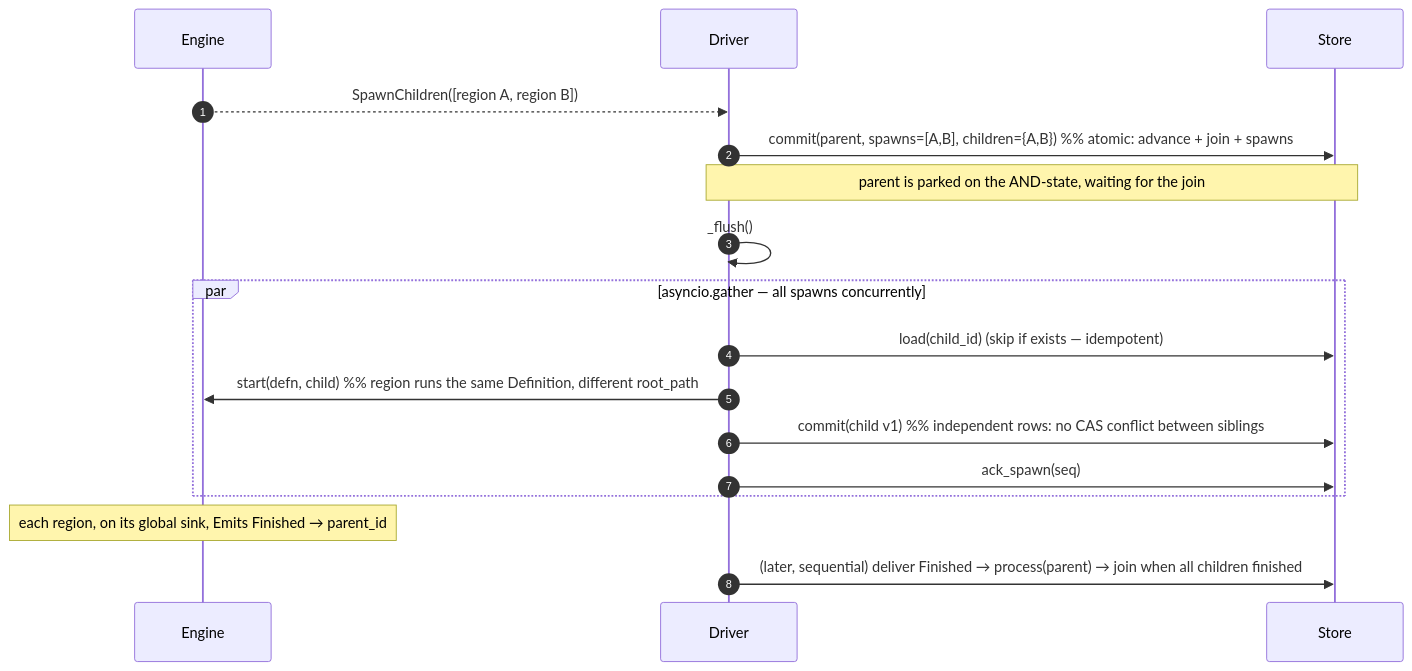
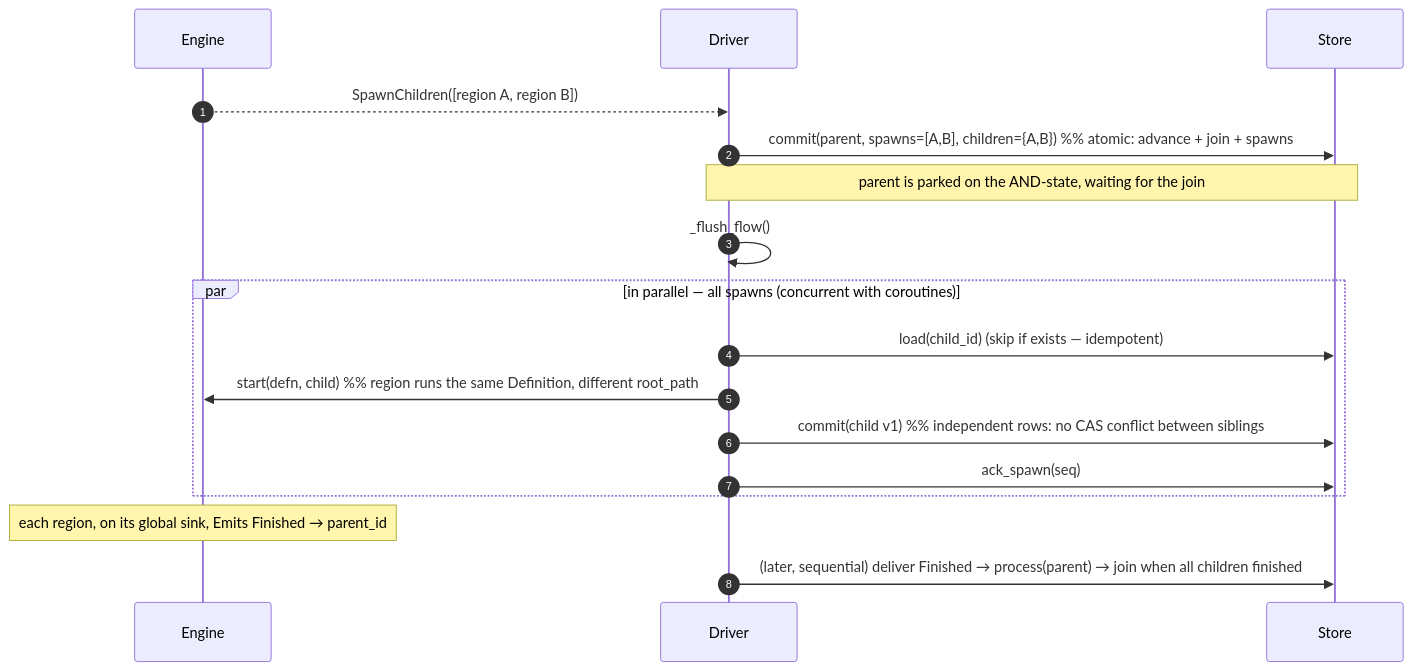
One commit to acasadom/harel changed the fourth of 6 diagrams in docs/guide/architecture.md. Above: the diagram before and after it, drawn with Mermaid. The commit also changed other lines of this file and 7 other files, not shown here.

First line of the commit message:
docs: the execution models with sequence diagrams; the guides describe the driver as flows

````diff
--- a/docs/guide/architecture.md
+++ b/docs/guide/architecture.md
@@ -247,19 +255,19 @@
 ```{mermaid}
 sequenceDiagram
   autonumber
   participant E as Engine
   participant D as Driver
   participant S as Store
   E-->>D: SpawnChildren([region A, region B])
   D->>S: commit(parent, spawns=[A,B], children={A,B})   %% atomic: advance + join + spawns
   Note over D,S: parent is parked on the AND-state, waiting for the join
-  D->>D: _flush()
-  par asyncio.gather — all spawns concurrently
+  D->>D: _flush_flow()
+  par in parallel — all spawns (concurrent with coroutines)
     D->>S: load(child_id)  (skip if exists — idempotent)
     D->>E: start(defn, child)   %% region runs the same Definition, different root_path
     D->>S: commit(child v1)     %% independent rows: no CAS conflict between siblings
     D->>S: ack_spawn(seq)
   end
   Note over E: each region, on its global sink, Emits Finished → parent_id
   D->>S: (later, sequential) deliver Finished → process(parent) → join when all children finished
 ```
````
